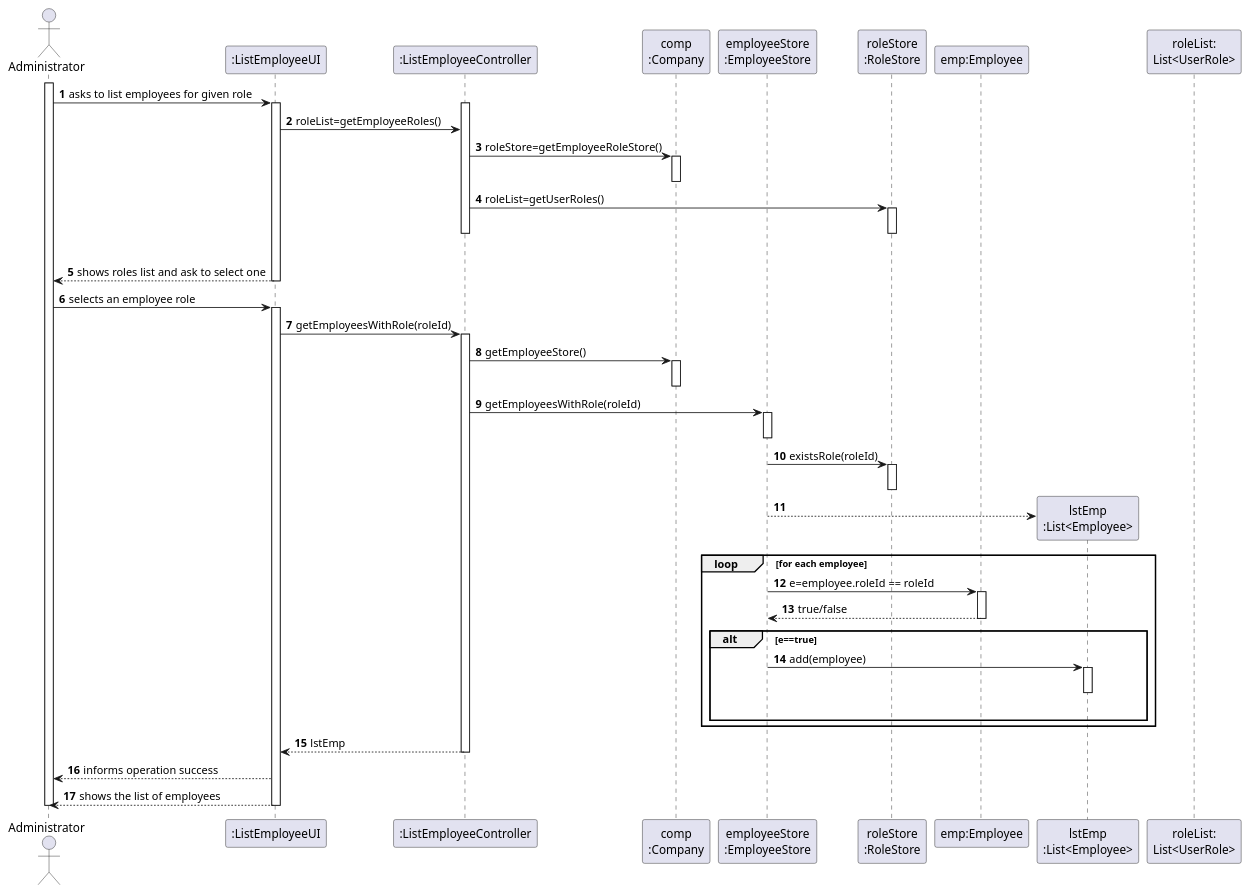
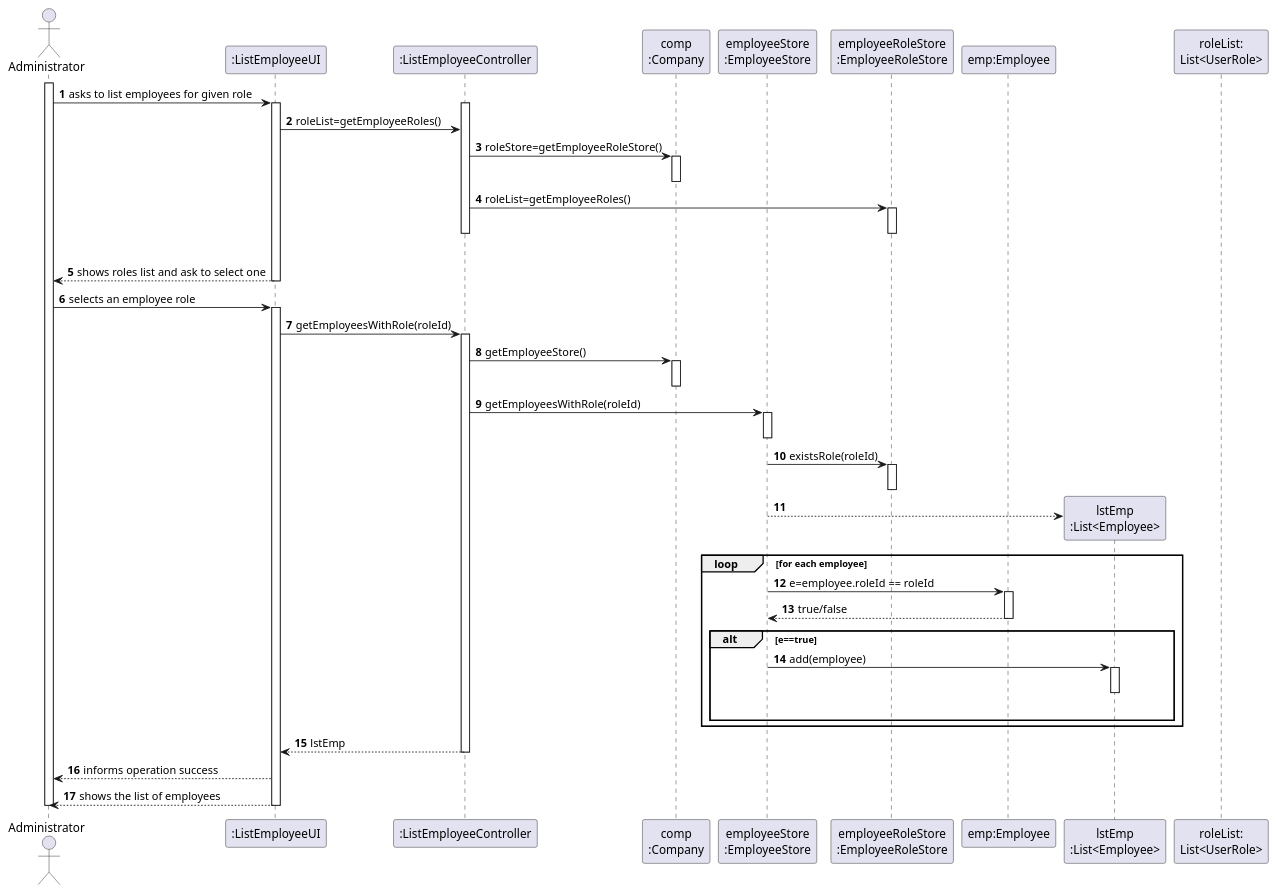
One commit to miseEnPlace-i/lapr2 changed the diagram in docs/SprintB/US11/SD/US11_SD.puml. Above: the diagram before and after it, drawn with PlantUML. The commit also changed 8 other files, not shown here.

Commit message:
fix(US11): fixed user - employee relation

```diff
--- a/docs/SprintB/US11/SD/US11_SD.puml
+++ b/docs/SprintB/US11/SD/US11_SD.puml
@@ -1,76 +1,76 @@
 @startuml
 autonumber
 'hide footbox
 actor "Administrator" as ADM
 
 participant ":ListEmployeeUI" as UI
 participant ":ListEmployeeController" as CTRL
 participant "comp\n:Company" as COMP
 participant "employeeStore\n:EmployeeStore" as EMPS
-participant "roleStore\n:RoleStore" as ROLES
+participant "employeeRoleStore\n:EmployeeRoleStore" as ROLES
 participant "emp:Employee" as EMP
 
 activate ADM
 ADM -> UI : asks to list employees for given role
 activate UI
 activate CTRL
 UI -> CTRL : roleList=getEmployeeRoles()
 CTRL -> COMP : roleStore=getEmployeeRoleStore()
 activate COMP
 deactivate COMP
 
-CTRL -> ROLES : roleList=getUserRoles()
+CTRL -> ROLES : roleList=getEmployeeRoles()
 activate ROLES
 |||
 deactivate ROLES
 deactivate CTRL
 
 UI --> ADM : shows roles list and ask to select one
 deactivate UI
 
 ADM -> UI : selects an employee role
 activate UI
 
 UI -> CTRL : getEmployeesWithRole(roleId)
 activate CTRL
 
 CTRL -> COMP: getEmployeeStore()
 activate COMP
 deactivate COMP
 CTRL -> EMPS: getEmployeesWithRole(roleId)
 activate EMPS
 deactivate EMPS
 EMPS -> ROLES: existsRole(roleId)
 activate ROLES
 deactivate ROLES
 create "lstEmp\n:List<Employee>" as LST
 EMPS --> LST
 
 loop for each employee
     EMPS -> EMP: e=employee.roleId == roleId
   activate EMP
     EMP --> EMPS: true/false
   deactivate EMP
     alt e==true
         EMPS -> LST: add(employee)
       activate LST
     |||
     deactivate LST
     end
 end
 
 CTRL --> UI: lstEmp
 
 deactivate COMP
 deactivate CTRL
 UI --> ADM : informs operation success
 UI --> ADM: shows the list of employees
 deactivate UI
 
 deactivate UI
 deactivate CTRL
 deactivate ADM
 
 participant "roleList:\nList<UserRole>"
 
 @enduml
```
